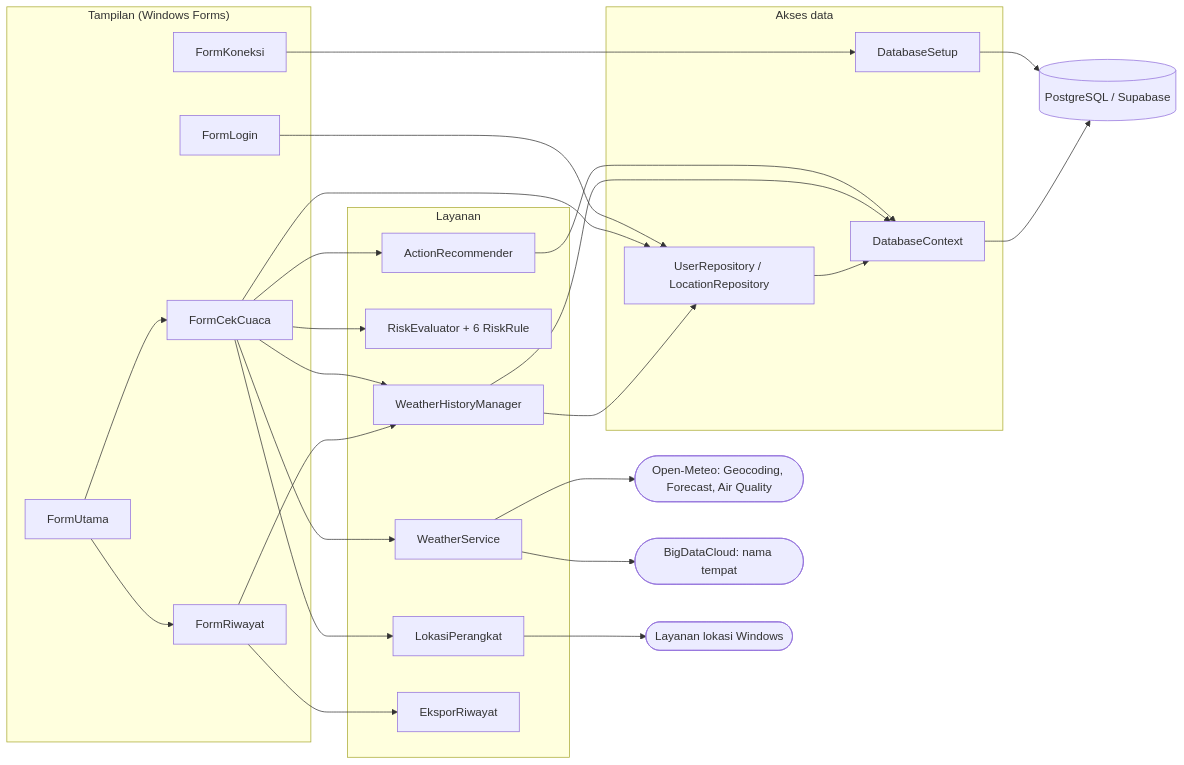
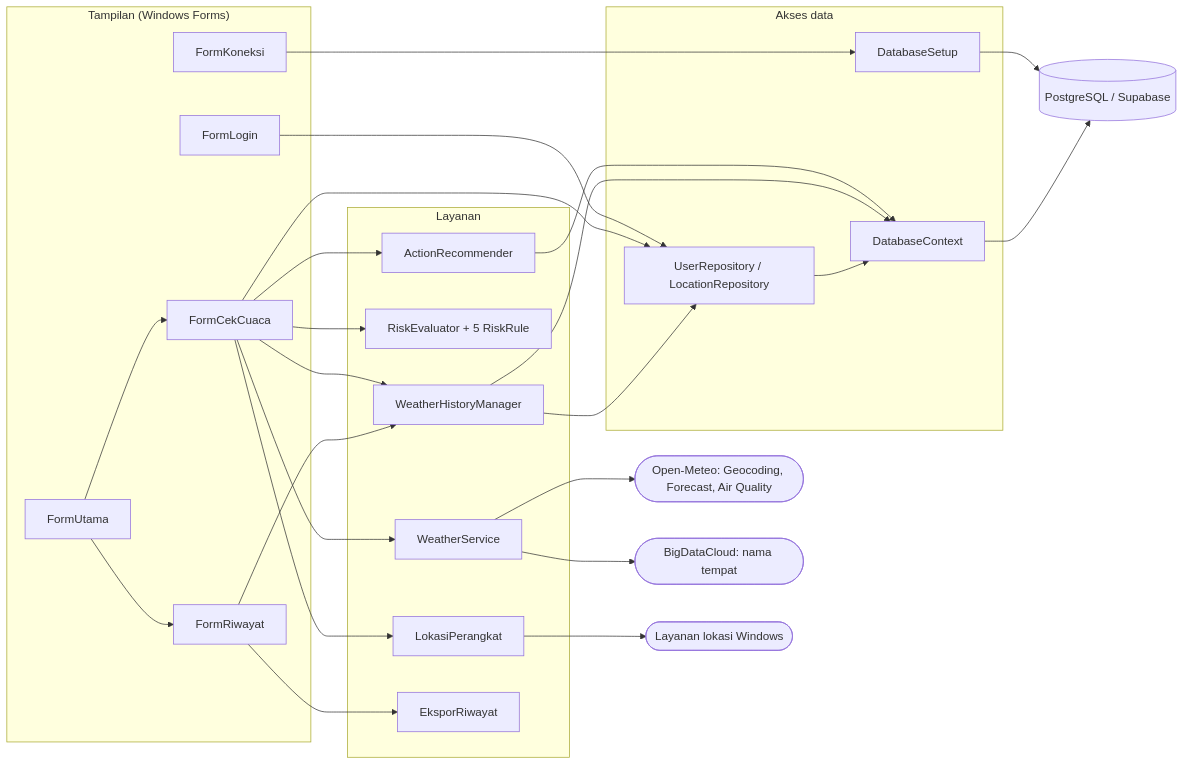
One commit to dnday/Junpro6 changed the diagram in docs/diagram/arsitektur.mmd. Above: the diagram before and after it, drawn with Mermaid. The commit also changed 13 other files, not shown here.

```diff
--- a/docs/diagram/arsitektur.mmd
+++ b/docs/diagram/arsitektur.mmd
@@ -1,36 +1,36 @@
 flowchart LR
     subgraph UI["Tampilan (Windows Forms)"]
         FK[FormKoneksi]
         FL[FormLogin]
         FU[FormUtama]
         FC[FormCekCuaca]
         FR[FormRiwayat]
     end
     subgraph SV["Layanan"]
         WS[WeatherService]
-        RE["RiskEvaluator + 6 RiskRule"]
+        RE["RiskEvaluator + 5 RiskRule"]
         AR[ActionRecommender]
         WH[WeatherHistoryManager]
         LP[LokasiPerangkat]
         EX[EksporRiwayat]
     end
     subgraph DA["Akses data"]
         RP["UserRepository / LocationRepository"]
         DC[DatabaseContext]
         DS[DatabaseSetup]
     end
     DB[("PostgreSQL / Supabase")]
     OM(["Open-Meteo: Geocoding, Forecast, Air Quality"])
     BD(["BigDataCloud: nama tempat"])
     GPS(["Layanan lokasi Windows"])
 
     FK --> DS
     FL --> RP
     FU --> FC & FR
     FC --> WS & RE & AR & WH & LP & RP
     FR --> WH & EX
     WS --> OM & BD
     LP --> GPS
     WH --> RP
     AR & WH & RP --> DC
     DS & DC --> DB
```
